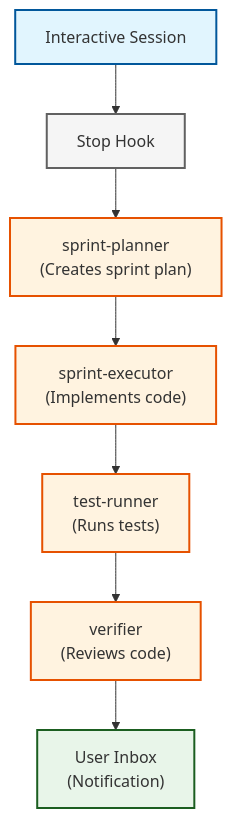
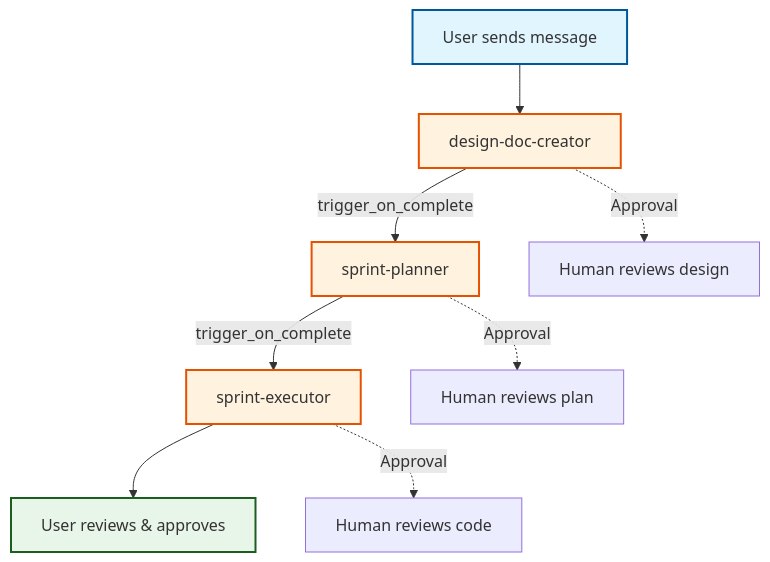
One commit to sunholo-data/ailang changed the diagram in docs/docs/guides/agent-workflows.mdx. Above: the diagram before and after it, drawn with Mermaid. The commit also changed other lines of this file and 76 other files, not shown here.

````diff
--- a/docs/docs/guides/agent-workflows.mdx
+++ b/docs/docs/guides/agent-workflows.mdx
@@ -239,17 +130,17 @@
 ```mermaid
 graph TD
-    A["Interactive Session"] --> B["Stop Hook"]
-    B --> C["sprint-planner<br/>(Creates sprint plan)"]
-    C --> D["sprint-executor<br/>(Implements code)"]
-    D --> E["test-runner<br/>(Runs tests)"]
-    E --> F["verifier<br/>(Reviews code)"]
-    F --> G["User Inbox<br/>(Notification)"]
+    A["User sends message"] --> B["design-doc-creator"]
+    B -->|"trigger_on_complete"| C["sprint-planner"]
+    C -->|"trigger_on_complete"| D["sprint-executor"]
+    D --> E["User reviews & approves"]
+
+    B -.->|"Approval"| B2["Human reviews design"]
+    C -.->|"Approval"| C2["Human reviews plan"]
+    D -.->|"Approval"| D2["Human reviews code"]
 
     style A fill:#e1f5fe,stroke:#01579b,stroke-width:2px
-    style B fill:#f5f5f5,stroke:#616161,stroke-width:2px
+    style B fill:#fff3e0,stroke:#e65100,stroke-width:2px
     style C fill:#fff3e0,stroke:#e65100,stroke-width:2px
     style D fill:#fff3e0,stroke:#e65100,stroke-width:2px
-    style E fill:#fff3e0,stroke:#e65100,stroke-width:2px
-    style F fill:#fff3e0,stroke:#e65100,stroke-width:2px
-    style G fill:#e8f5e9,stroke:#1b5e20,stroke-width:2px
+    style E fill:#e8f5e9,stroke:#1b5e20,stroke-width:2px
 ```
````
